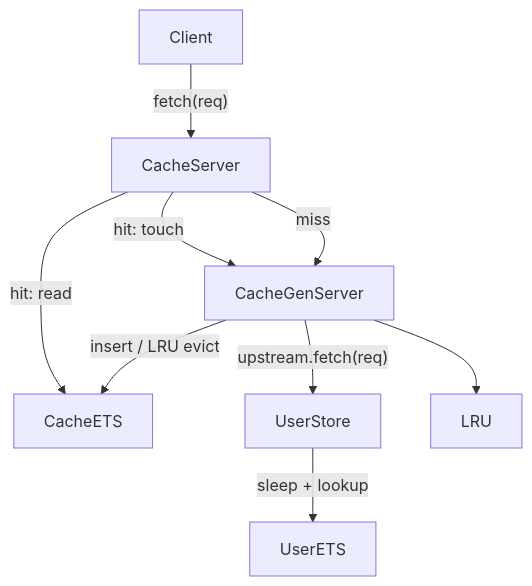
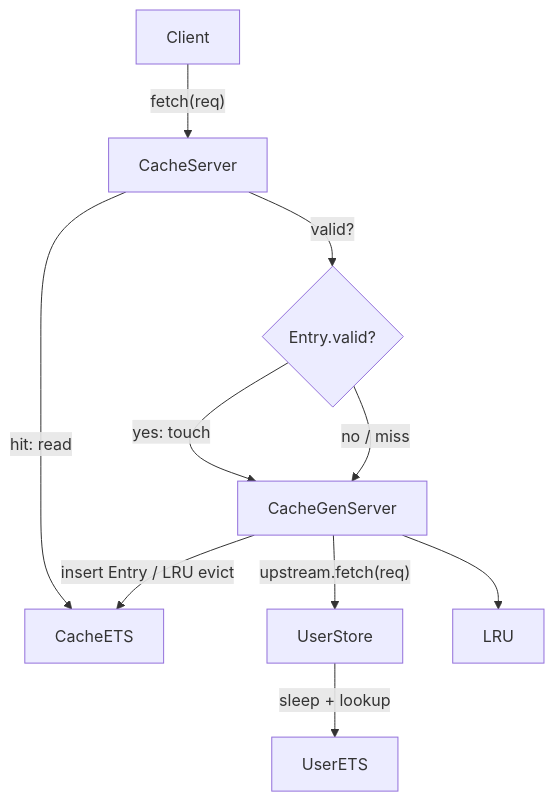
One commit to muzamilarshad/appwork_cache changed the first of 2 diagrams in docs/architecture.md. Above: the diagram before and after it, drawn with Mermaid. The commit also changed other lines of this file and 1 other file, not shown here.

Commit message:
docs(v3): update architecture diagram and README

````diff
--- a/docs/architecture.md
+++ b/docs/architecture.md
@@ -5,11 +5,12 @@
 ```mermaid
 flowchart TB
   Client -->|"fetch(req)"| CacheServer
   CacheServer -->|"hit: read"| CacheETS
-  CacheServer -->|"hit: touch"| CacheGenServer
-  CacheServer -->|"miss"| CacheGenServer
+  CacheServer -->|"valid?"| ValidCheck{Entry.valid?}
+  ValidCheck -->|"yes: touch"| CacheGenServer
+  ValidCheck -->|"no / miss"| CacheGenServer
   CacheGenServer -->|"upstream.fetch(req)"| UserStore
   UserStore -->|"sleep + lookup"| UserETS
-  CacheGenServer -->|"insert / LRU evict"| CacheETS
+  CacheGenServer -->|"insert Entry / LRU evict"| CacheETS
   CacheGenServer --> LRU
 ```
````
